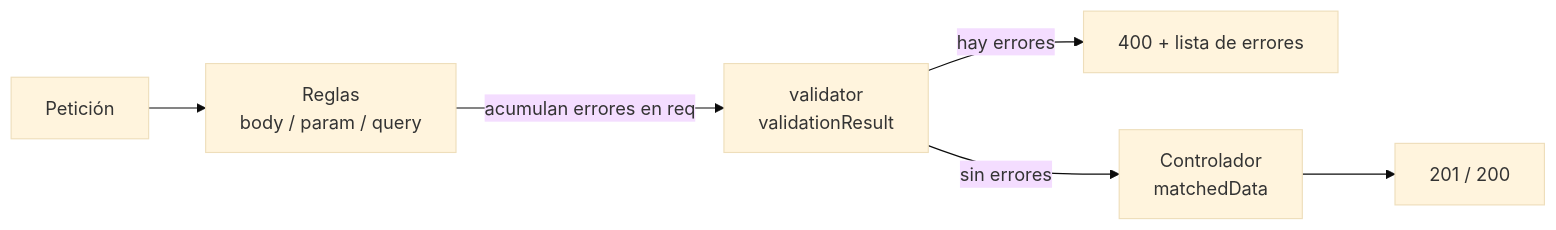
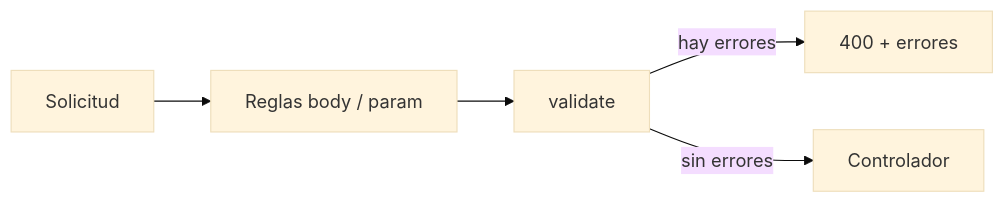
One commit to bbautista2026ipf-star/javascript-documentacion-berenfeld-bautista changed the diagram in backend/05-express-validator/README.md. Above: the diagram before and after it, drawn with Mermaid (base theme). The commit also changed other lines of this file, not shown here.

Commit message:
refactor: se alineó el módulo 05 de Express Validator con el TP integrador

````diff
--- a/backend/05-express-validator/README.md
+++ b/backend/05-express-validator/README.md
@@ -29,8 +100,7 @@
 ```mermaid
 flowchart LR
-    A[Petición] --> B[Reglas<br/>body / param / query]
-    B -->|acumulan errores en req| C[validator<br/>validationResult]
-    C -->|hay errores| D[400 + lista de errores]
-    C -->|sin errores| E[Controlador<br/>matchedData]
-    E --> F[201 / 200]
+    A[Solicitud] --> B[Reglas body / param]
+    B --> C[validate]
+    C -->|hay errores| D[400 + errores]
+    C -->|sin errores| E[Controlador]
 ```
````
